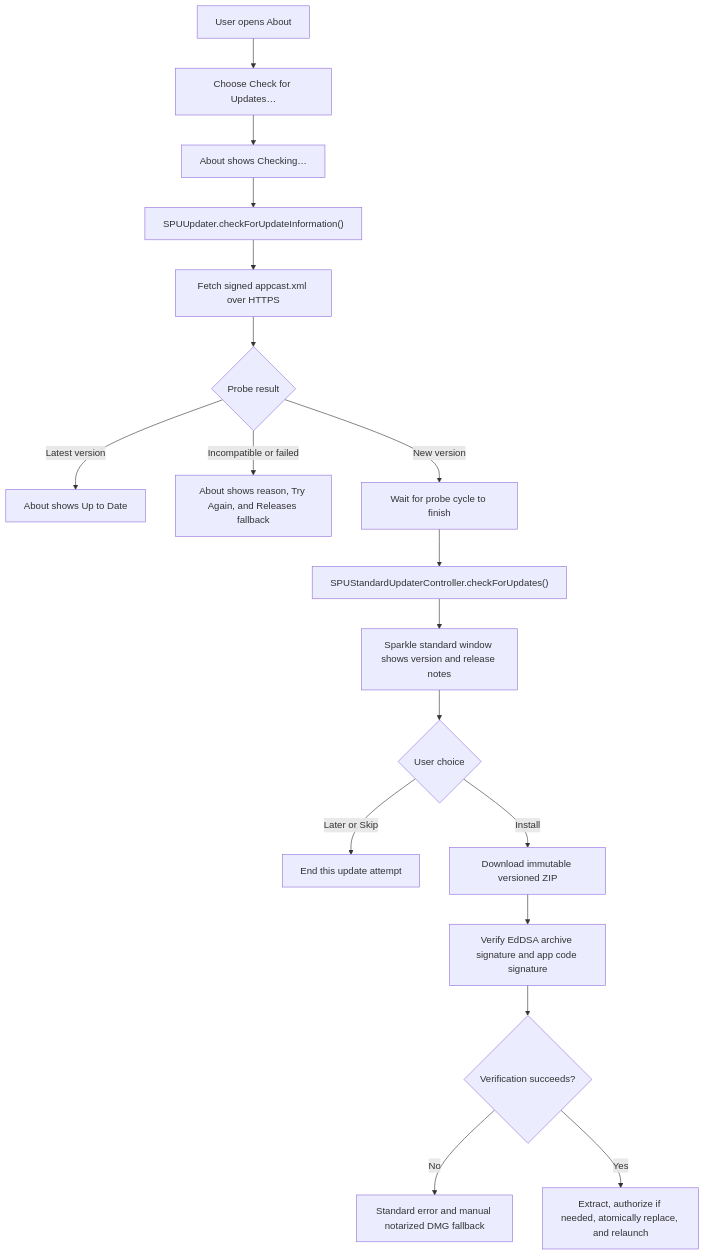
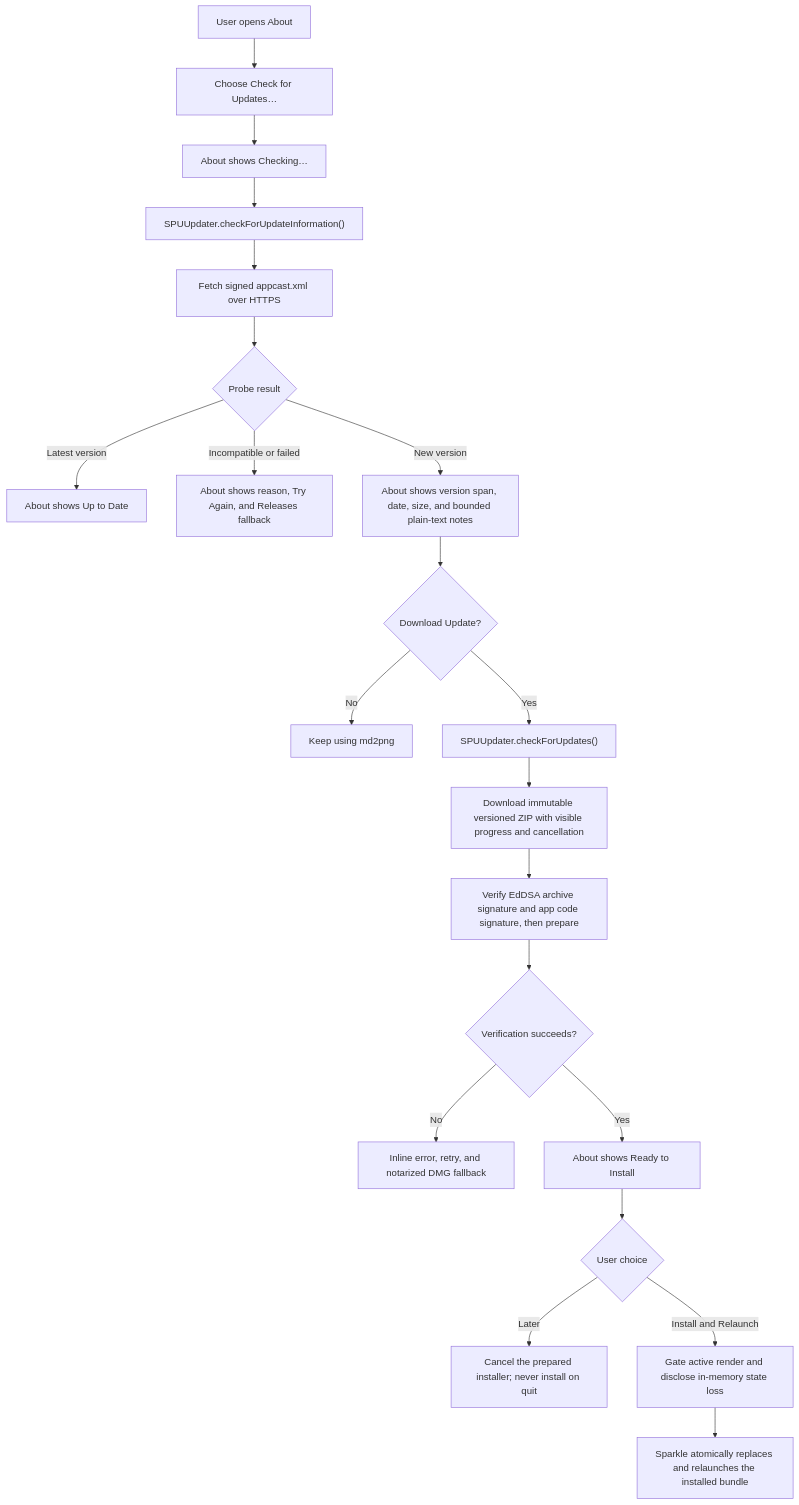
Before and after one commit to guangyya/md2png: the first of 2 diagrams in docs/UPDATES.md, drawn with Mermaid. The commit also changed other lines of this file and 20 other files, not shown here.

First line of the commit message:
FEAT-016: Preview and install signed updates in About (#95)

````diff
--- a/docs/UPDATES.md
+++ b/docs/UPDATES.md
@@ -10,20 +11,23 @@
 ```mermaid
 flowchart TD
     A["User opens About"] --> B["Choose Check for Updates…"]
     B --> C["About shows Checking…"]
     C --> D["SPUUpdater.checkForUpdateInformation()"]
     D --> E["Fetch signed appcast.xml over HTTPS"]
     E --> F{"Probe result"}
     F -- "Latest version" --> G["About shows Up to Date"]
     F -- "Incompatible or failed" --> H["About shows reason, Try Again, and Releases fallback"]
-    F -- "New version" --> I["Wait for probe cycle to finish"]
-    I --> J["SPUStandardUpdaterController.checkForUpdates()"]
-    J --> K["Sparkle standard window shows version and release notes"]
-    K --> L{"User choice"}
-    L -- "Later or Skip" --> M["End this update attempt"]
-    L -- "Install" --> N["Download immutable versioned ZIP"]
-    N --> O["Verify EdDSA archive signature and app code signature"]
-    O --> P{"Verification succeeds?"}
-    P -- "No" --> Q["Standard error and manual notarized DMG fallback"]
-    P -- "Yes" --> R["Extract, authorize if needed, atomically replace, and relaunch"]
+    F -- "New version" --> I["About shows version span, date, size, and bounded plain-text notes"]
+    I --> J{"Download Update?"}
+    J -- "No" --> K["Keep using md2png"]
+    J -- "Yes" --> L["SPUUpdater.checkForUpdates()"]
+    L --> M["Download immutable versioned ZIP with visible progress and cancellation"]
+    M --> N["Verify EdDSA archive signature and app code signature, then prepare"]
+    N --> O{"Verification succeeds?"}
+    O -- "No" --> P["Inline error, retry, and notarized DMG fallback"]
+    O -- "Yes" --> Q["About shows Ready to Install"]
+    Q --> R{"User choice"}
+    R -- "Later" --> S["Cancel the prepared installer; never install on quit"]
+    R -- "Install and Relaunch" --> T["Gate active render and disclose in-memory state loss"]
+    T --> U["Sparkle atomically replaces and relaunches the installed bundle"]
 ```
````
